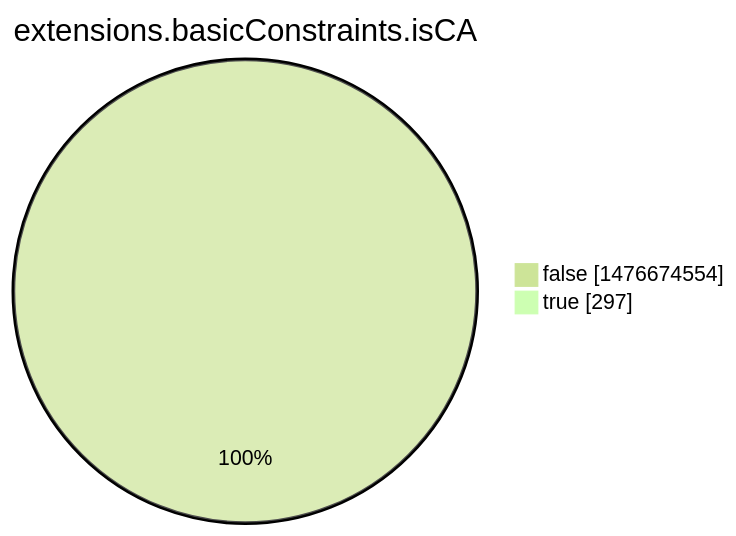
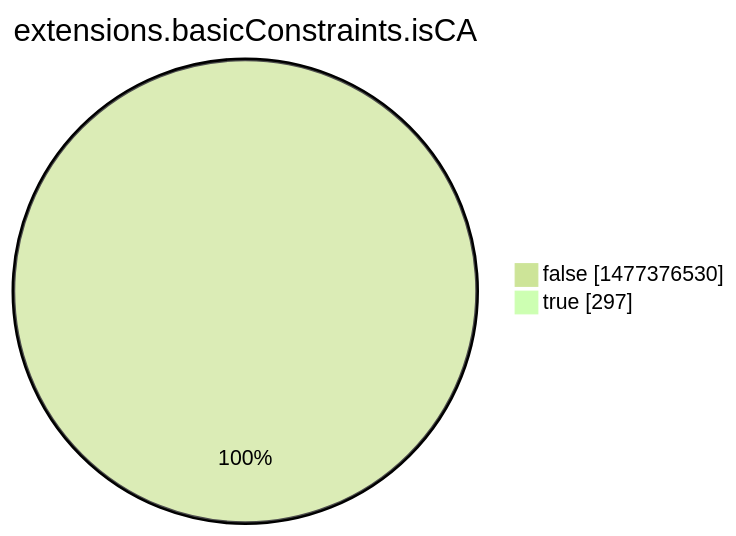
The eighth of 15 diagrams in argon2022/README.md (christiankrug/ctmonitor_visualization), drawn with Mermaid (forest theme) before and after one commit. The commit also changed other lines of this file, not shown here.

````diff
--- a/argon2022/README.md
+++ b/argon2022/README.md
@@ -2760,6 +2760,6 @@
 ```mermaid
 pie showData
 title extensions.basicConstraints.isCA
-"false" :1476674554
+"false" :1477376530
 "true" :297
 ```
````
